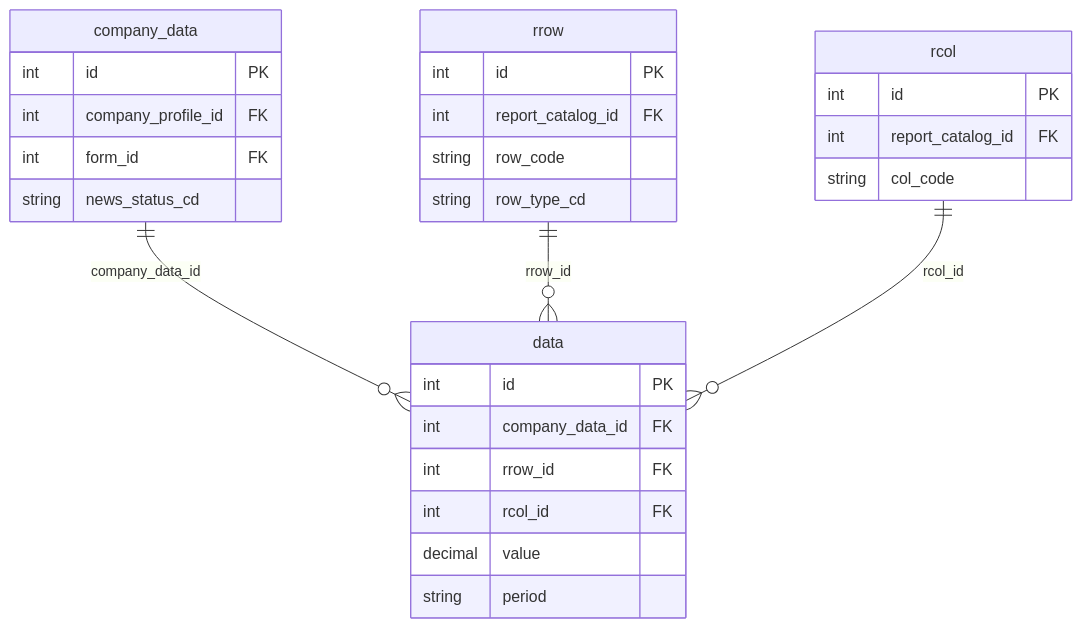
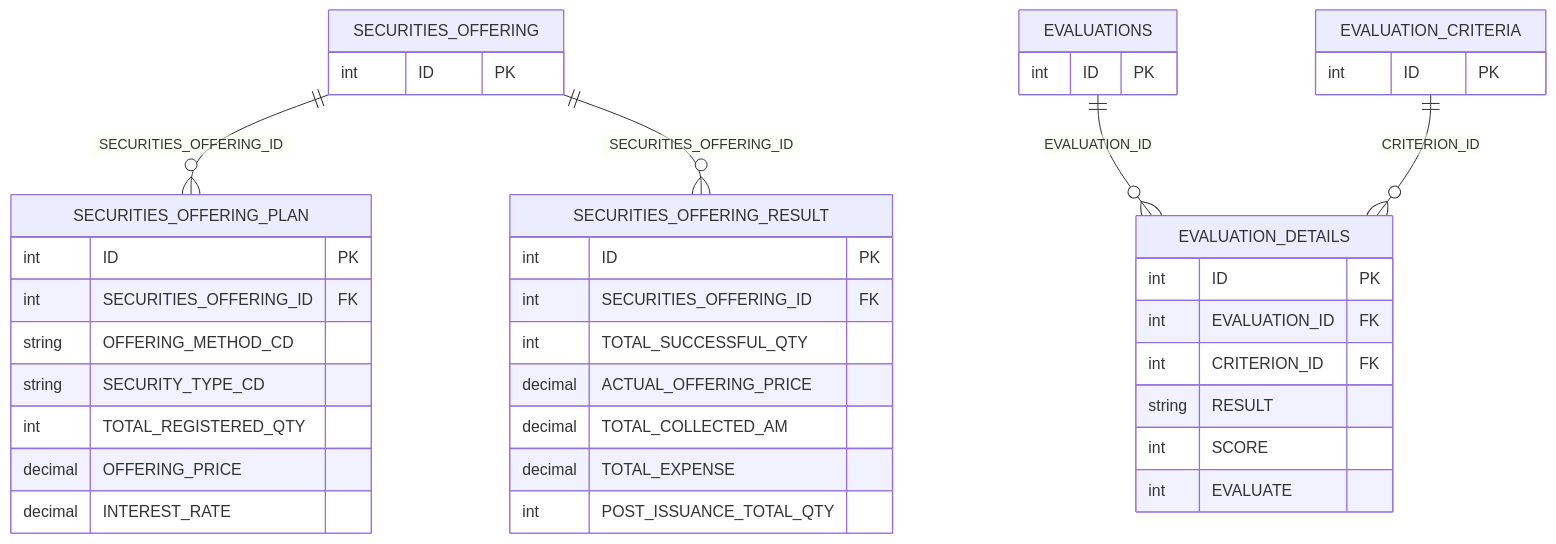
One commit to linhlvit/ubck_atomic_design changed the first of 2 diagrams in DataModel/working/Atomic/hld/IDS_HLD_Tier4.md. Above: the diagram before and after it, drawn with Mermaid. The commit also changed other lines of this file and 4 other files, not shown here.

````diff
--- a/DataModel/working/Atomic/hld/IDS_HLD_Tier4.md
+++ b/DataModel/working/Atomic/hld/IDS_HLD_Tier4.md
@@ -18,35 +27,46 @@
 ```mermaid
 erDiagram
-    company_data {
-        int id PK
-        int company_profile_id FK
-        int form_id FK
-        string news_status_cd
+    SECURITIES_OFFERING {
+        int ID PK
+    }
+    EVALUATIONS {
+        int ID PK
+    }
+    EVALUATION_CRITERIA {
+        int ID PK
     }
 
-    rrow {
-        int id PK
-        int report_catalog_id FK
-        string row_code
-        string row_type_cd
+    SECURITIES_OFFERING_PLAN {
+        int ID PK
+        int SECURITIES_OFFERING_ID FK
+        string OFFERING_METHOD_CD
+        string SECURITY_TYPE_CD
+        int TOTAL_REGISTERED_QTY
+        decimal OFFERING_PRICE
+        decimal INTEREST_RATE
     }
 
-    rcol {
-        int id PK
-        int report_catalog_id FK
-        string col_code
+    SECURITIES_OFFERING_RESULT {
+        int ID PK
+        int SECURITIES_OFFERING_ID FK
+        int TOTAL_SUCCESSFUL_QTY
+        decimal ACTUAL_OFFERING_PRICE
+        decimal TOTAL_COLLECTED_AM
+        decimal TOTAL_EXPENSE
+        int POST_ISSUANCE_TOTAL_QTY
     }
 
-    data {
-        int id PK
-        int company_data_id FK
-        int rrow_id FK
-        int rcol_id FK
-        decimal value
-        string period
+    EVALUATION_DETAILS {
+        int ID PK
+        int EVALUATION_ID FK
+        int CRITERION_ID FK
+        string RESULT
+        int SCORE
+        int EVALUATE
     }
 
-    company_data ||--o{ data : "company_data_id"
-    rrow ||--o{ data : "rrow_id"
-    rcol ||--o{ data : "rcol_id"
+    SECURITIES_OFFERING ||--o{ SECURITIES_OFFERING_PLAN : "SECURITIES_OFFERING_ID"
+    SECURITIES_OFFERING ||--o{ SECURITIES_OFFERING_RESULT : "SECURITIES_OFFERING_ID"
+    EVALUATIONS ||--o{ EVALUATION_DETAILS : "EVALUATION_ID"
+    EVALUATION_CRITERIA ||--o{ EVALUATION_DETAILS : "CRITERION_ID"
 ```
````
